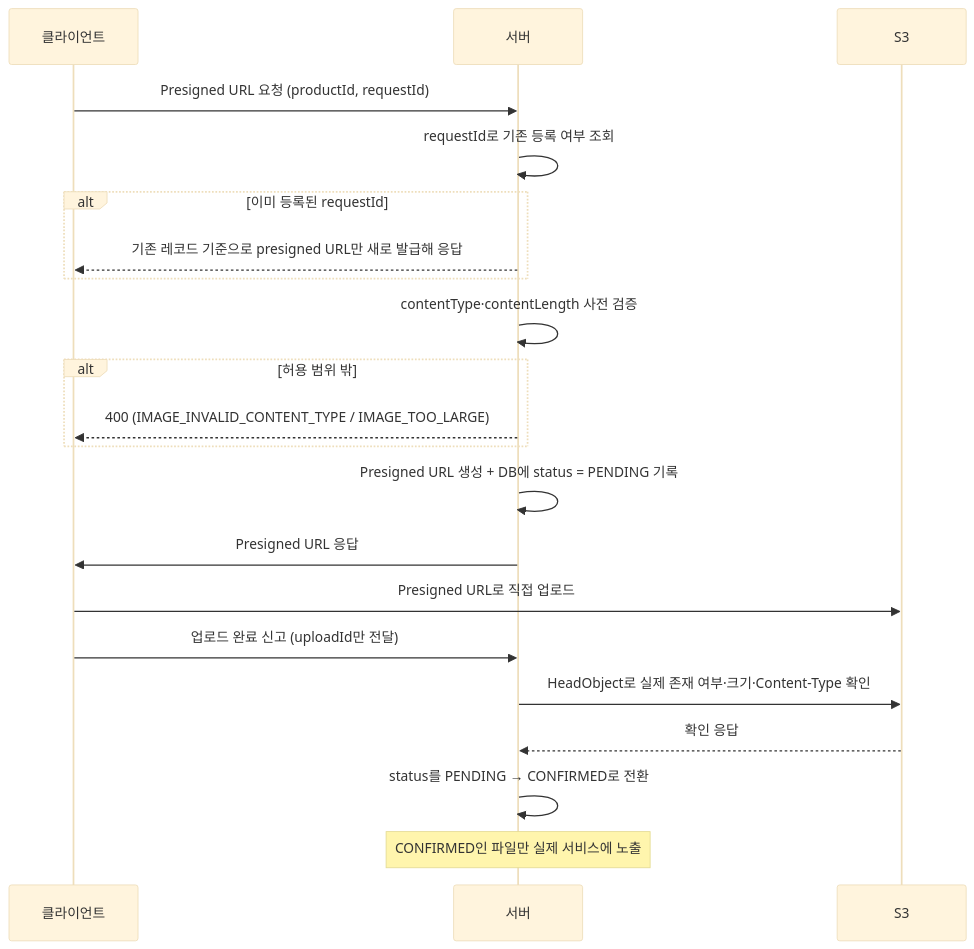
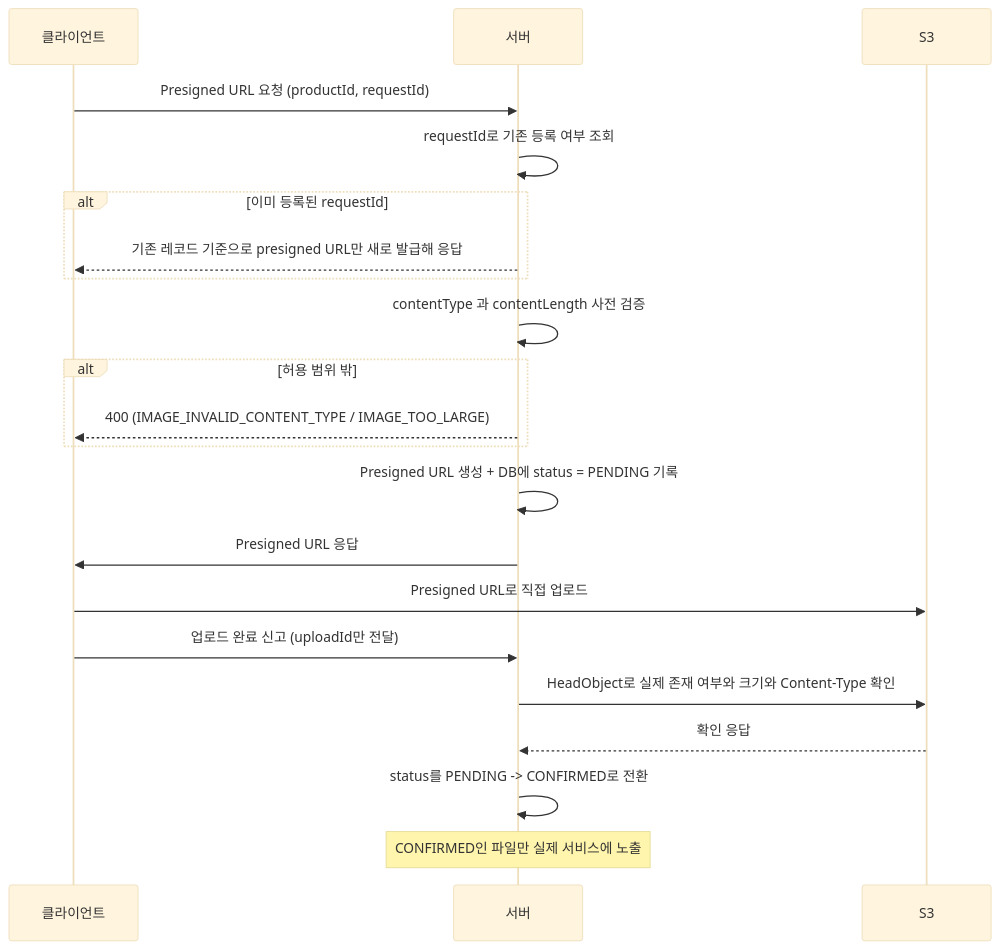
One commit to fresh-market/fm-backend changed the diagram in docs/wiki/상품 이미지 등록.md. Above: the diagram before and after it, drawn with Mermaid (base theme). The commit also changed other lines of this file and 9 other files, not shown here.

````diff
--- a/docs/wiki/상품 이미지 등록.md
+++ b/docs/wiki/상품 이미지 등록.md
@@ -91,23 +91,23 @@
 ```mermaid
 sequenceDiagram
     participant C as 클라이언트
     participant S as 서버
     participant S3 as S3
     C->>S: Presigned URL 요청 (productId, requestId)
     S->>S: requestId로 기존 등록 여부 조회
     alt 이미 등록된 requestId
         S-->>C: 기존 레코드 기준으로 presigned URL만 새로 발급해 응답
     end
-    S->>S: contentType·contentLength 사전 검증
+    S->>S: contentType 과 contentLength 사전 검증
     alt 허용 범위 밖
         S-->>C: 400 (IMAGE_INVALID_CONTENT_TYPE / IMAGE_TOO_LARGE)
     end
     S->>S: Presigned URL 생성 + DB에 status = PENDING 기록
     S->>C: Presigned URL 응답
     C->>S3: Presigned URL로 직접 업로드
     C->>S: 업로드 완료 신고 (uploadId만 전달)
-    S->>S3: HeadObject로 실제 존재 여부·크기·Content-Type 확인
+    S->>S3: HeadObject로 실제 존재 여부와 크기와 Content-Type 확인
     S3-->>S: 확인 응답
-    S->>S: status를 PENDING → CONFIRMED로 전환
+    S->>S: status를 PENDING -> CONFIRMED로 전환
     Note over S: CONFIRMED인 파일만 실제 서비스에 노출
 ```
````
